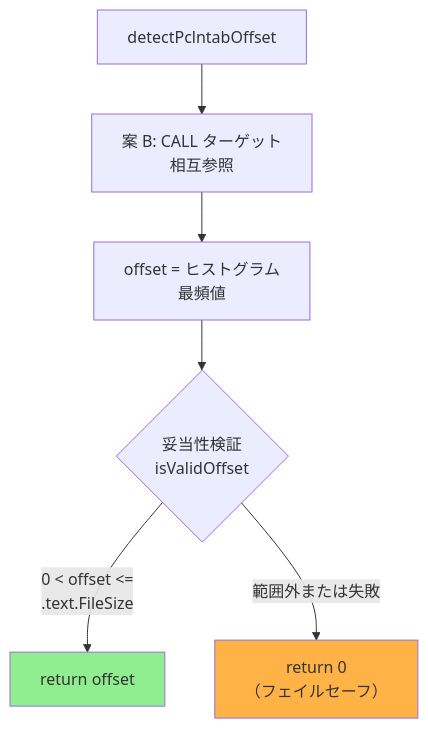
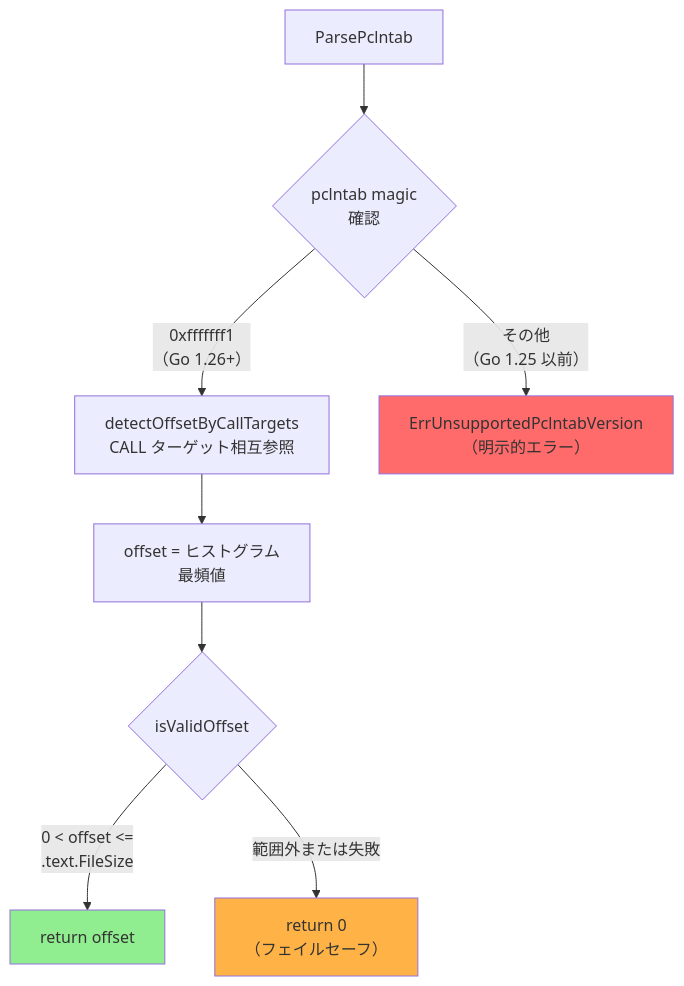
Before and after one commit to isseis/go-safe-cmd-runner: the third of 3 diagrams in docs/tasks/0077_cgo_binary_network_detection/06_architecture_pclntab_symtab_free.md, drawn with Mermaid. The commit also changed other lines of this file and 2 other files, not shown here.

````diff
--- a/docs/tasks/0077_cgo_binary_network_detection/06_architecture_pclntab_symtab_free.md
+++ b/docs/tasks/0077_cgo_binary_network_detection/06_architecture_pclntab_symtab_free.md
@@ -208,11 +208,14 @@
 ```mermaid
 flowchart TD
-    S[detectPclntabOffset] --> B["案 B: CALL ターゲット\n相互参照"]
-    B --> E["offset = ヒストグラム\n最頻値"]
-    E --> V{妥当性検証\nisValidOffset}
+    S[ParsePclntab] --> M{"pclntab magic\n確認"}
+    M -->|"0xfffffff1\n（Go 1.26+）"| B["detectOffsetByCallTargets\nCALL ターゲット相互参照"]
+    M -->|"その他\n（Go 1.25 以前）"| E["ErrUnsupportedPclntabVersion\n（明示的エラー）"]
+    B --> H["offset = ヒストグラム\n最頻値"]
+    H --> V{isValidOffset}
     V -->|"0 < offset <=\n.text.FileSize"| R["return offset"]
     V -->|"範囲外または失敗"| Z["return 0\n（フェイルセーフ）"]
 
     style R fill:#90ee90
     style Z fill:#ffb347
+    style E fill:#ff6b6b
 ```
````
